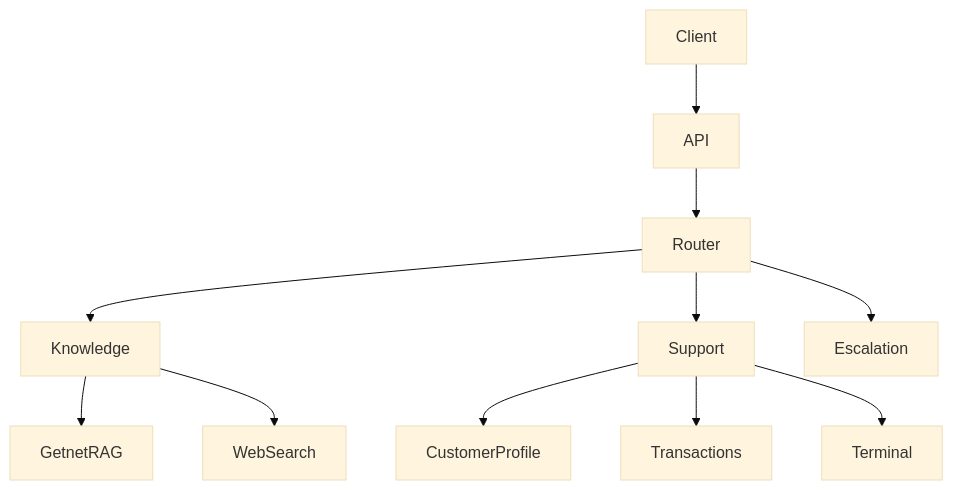
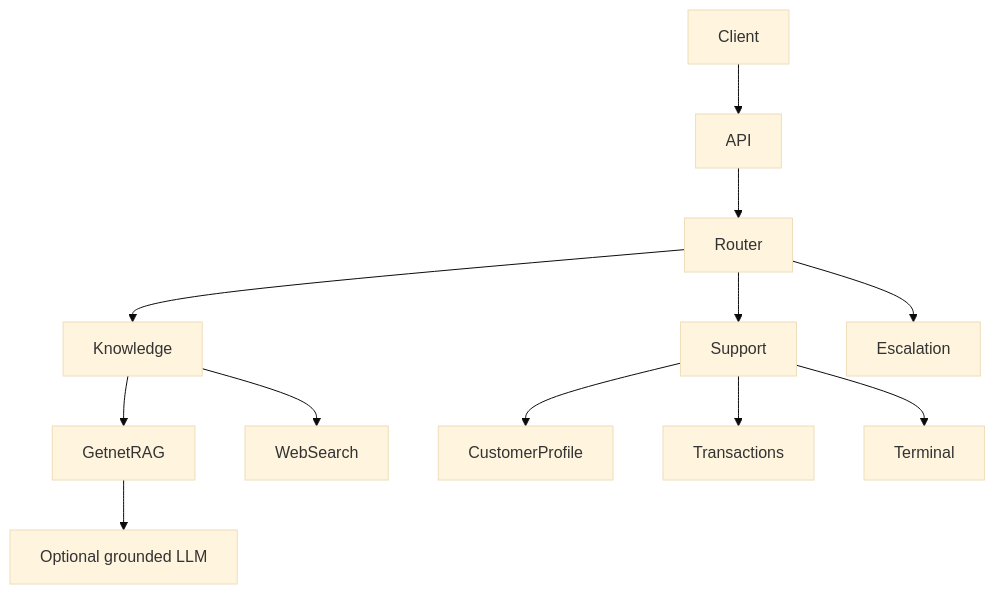
The diagram in README.md (brunovicco/getnet-multi-agent-support), drawn with Mermaid (base theme) before and after one commit. The commit also changed other lines of this file and 18 other files, not shown here.

````diff
--- a/README.md
+++ b/README.md
@@ -20,16 +21,17 @@
 ```mermaid
 flowchart TD
     Client --> API
     API --> Router
 
     Router --> Knowledge
     Router --> Support
     Router --> Escalation
 
     Knowledge --> GetnetRAG
     Knowledge --> WebSearch
+    GetnetRAG --> OptionalLLM[Optional grounded LLM]
 
     Support --> CustomerProfile
     Support --> Transactions
     Support --> Terminal
 ```
````
